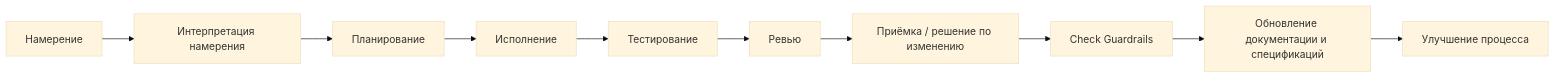
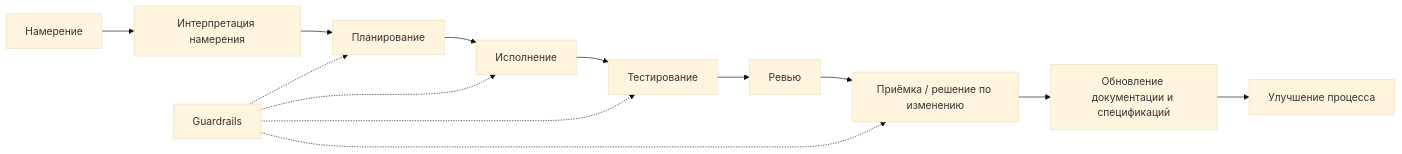
The first of 2 diagrams in docs/ai-coding-control-model/core/components-catalog-ru.md (Kimskiykim/OctoBend), drawn with Mermaid (base theme) before and after one commit. The commit also changed other lines of this file and 1 other file, not shown here.

````diff
--- a/docs/ai-coding-control-model/core/components-catalog-ru.md
+++ b/docs/ai-coding-control-model/core/components-catalog-ru.md
@@ -82,12 +83,16 @@
 ```mermaid
 flowchart LR
     Intent["Намерение"] --> Interpret["Интерпретация намерения"]
     Interpret --> Plan["Планирование"]
     Plan --> Exec["Исполнение"]
     Exec --> Testing["Тестирование"]
     Testing --> Review["Ревью"]
     Review --> Acceptance["Приёмка / решение по изменению"]
-    Acceptance --> CheckGuardrails["Check Guardrails"]
-    CheckGuardrails --> Docs["Обновление документации и спецификаций"]
+    Acceptance --> Docs["Обновление документации и спецификаций"]
     Docs --> Learning["Улучшение процесса"]
+
+    Guardrails["Guardrails"] -.-> Plan
+    Guardrails -.-> Exec
+    Guardrails -.-> Testing
+    Guardrails -.-> Acceptance
 ```
````
